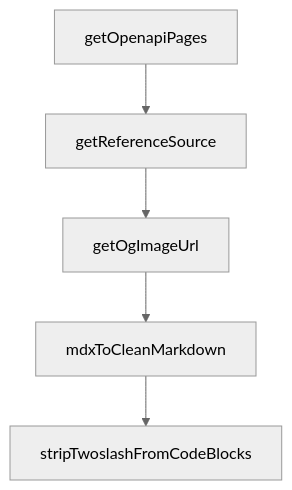
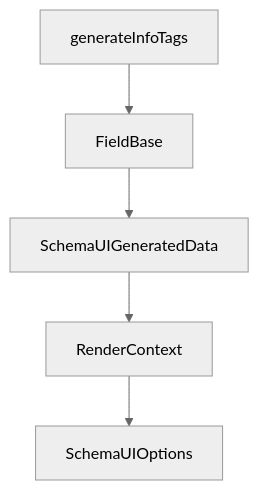
The diagram in tutorials/composio-tutorial/07-triggers-webhooks-and-event-automation.md (johnxie/awesome-code-docs), drawn with Mermaid (neutral theme) before and after one commit. The commit also changed other lines of this file and 1232 other files, not shown here.

````diff
--- a/tutorials/composio-tutorial/07-triggers-webhooks-and-event-automation.md
+++ b/tutorials/composio-tutorial/07-triggers-webhooks-and-event-automation.md
@@ -224,12 +222,12 @@
 ```mermaid
 flowchart TD
-    A[getOpenapiPages]
-    B[getReferenceSource]
-    C[getOgImageUrl]
-    D[mdxToCleanMarkdown]
-    E[stripTwoslashFromCodeBlocks]
+    A[generateInfoTags]
+    B[FieldBase]
+    C[SchemaUIGeneratedData]
+    D[RenderContext]
+    E[SchemaUIOptions]
     A --> B
     B --> C
     C --> D
     D --> E
 ```
````
